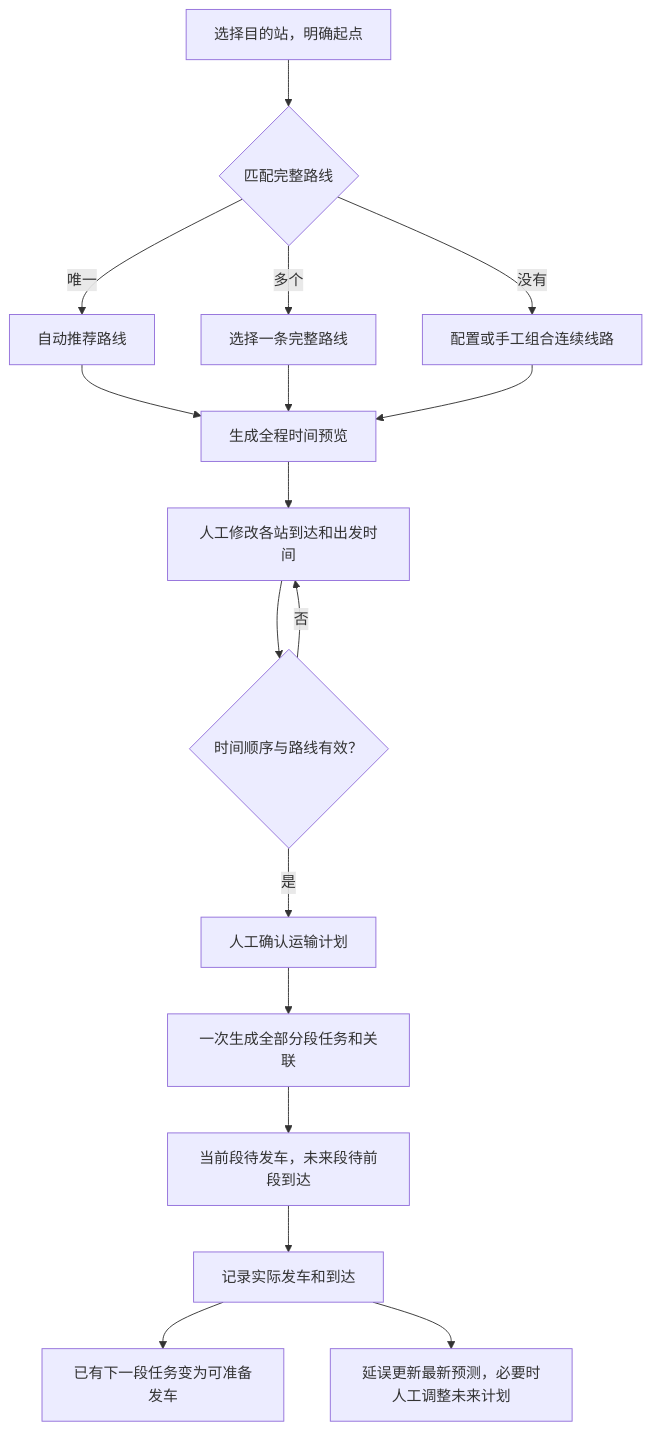
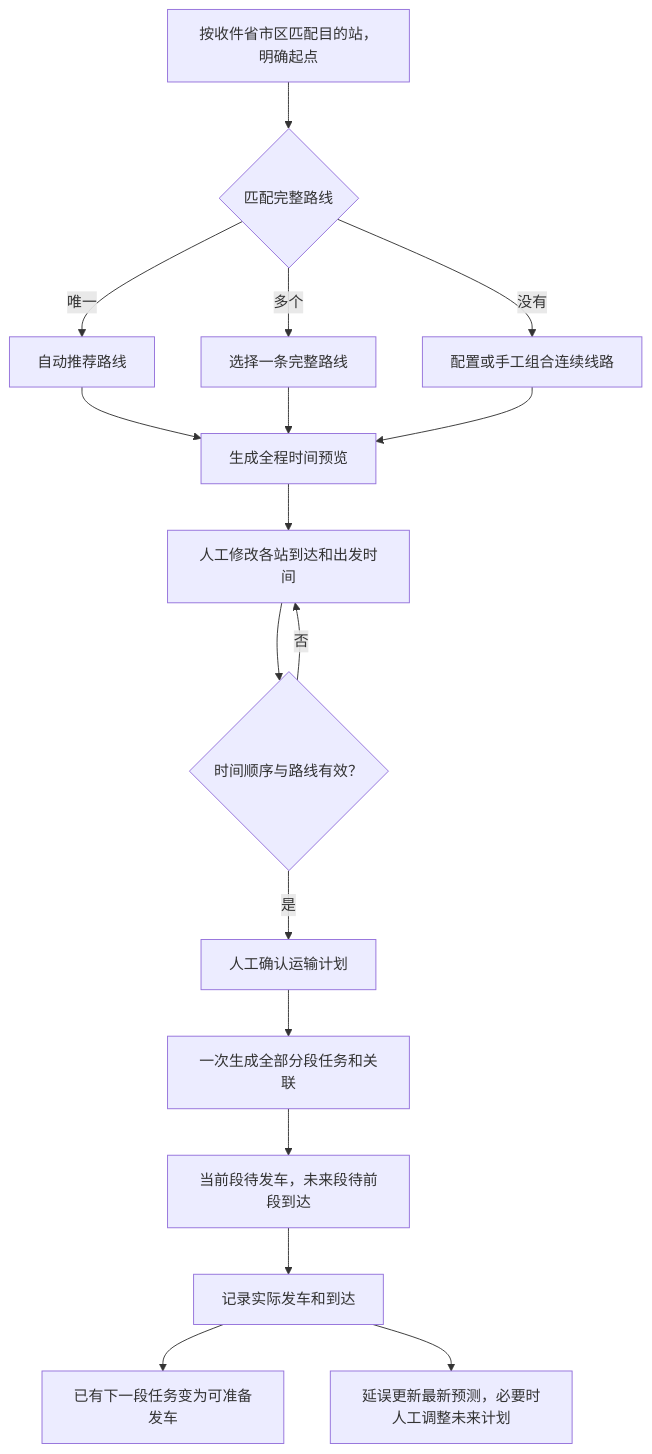
Before and after one commit to NikFranki/jingpo-logistics-system: the diagram in docs/prd/v7/JINGPO-logistics-system-v7.md, drawn with Mermaid. The commit also changed other lines of this file and 45 other files, not shown here.

````diff
--- a/docs/prd/v7/JINGPO-logistics-system-v7.md
+++ b/docs/prd/v7/JINGPO-logistics-system-v7.md
@@ -15,19 +15,19 @@
 ```mermaid
 flowchart TD
-    A[选择目的站，明确起点] --> B{匹配完整路线}
+    A[按收件省市区匹配目的站，明确起点] --> B{匹配完整路线}
     B -->|唯一| C[自动推荐路线]
     B -->|多个| D[选择一条完整路线]
     B -->|没有| E[配置或手工组合连续线路]
     C --> F[生成全程时间预览]
     D --> F
     E --> F
     F --> G[人工修改各站到达和出发时间]
     G --> H{时间顺序与路线有效？}
     H -->|否| G
     H -->|是| I[人工确认运输计划]
     I --> J[一次生成全部分段任务和关联]
     J --> K[当前段待发车，未来段待前段到达]
     K --> L[记录实际发车和到达]
     L --> M[已有下一段任务变为可准备发车]
     L --> N[延误更新最新预测，必要时人工调整未来计划]
 ```
````
